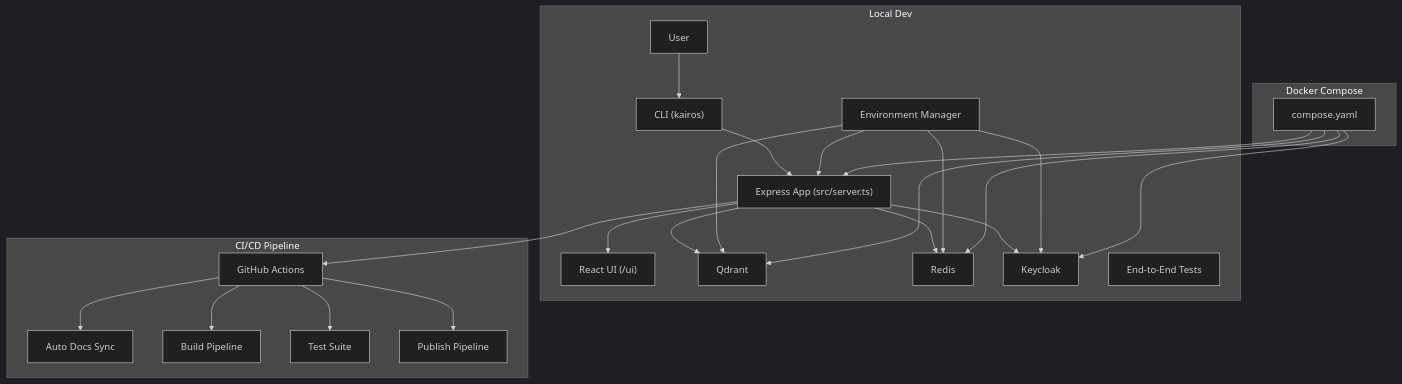
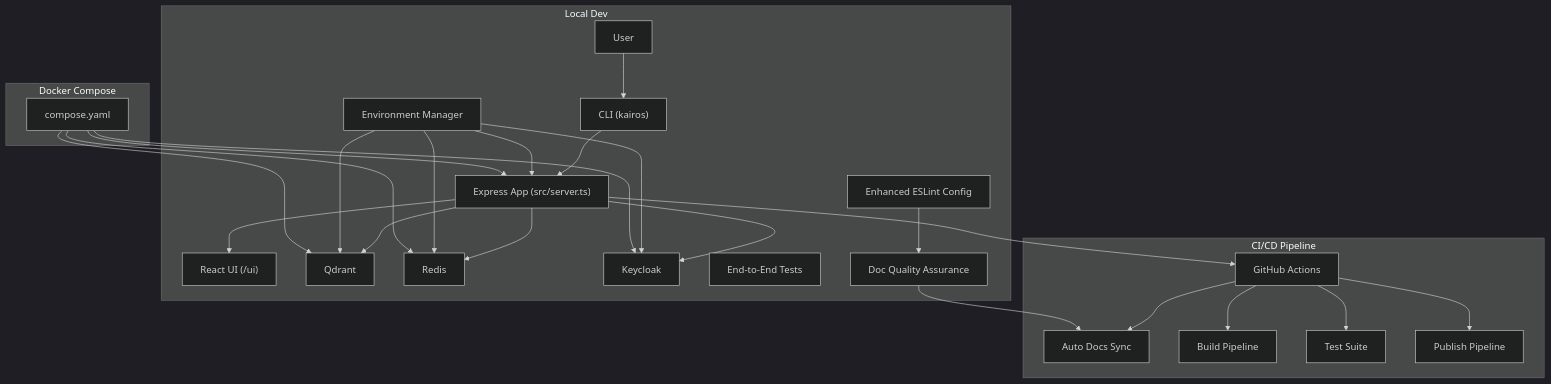
Before and after one commit to debian777/kairos-mcp: the second of 8 diagrams in .qoder/repowiki/en/content/Contributing & Development.md, drawn with Mermaid (dark theme). The commit also changed other lines of this file and 3 other files, not shown here.

````diff
--- a/.qoder/repowiki/en/content/Contributing & Development.md
+++ b/.qoder/repowiki/en/content/Contributing & Development.md
@@ -91,43 +103,47 @@
 ```mermaid
 graph TB
 subgraph "Local Dev"
 U["User"]
 CLI["CLI (kairos)"]
 APP["Express App (src/server.ts)"]
 UI["React UI (/ui)"]
 QD["Qdrant"]
 RD["Redis"]
 KC["Keycloak"]
 ENV["Environment Manager"]
 END["End-to-End Tests"]
+ELINT["Enhanced ESLint Config"]
+DOCQA["Doc Quality Assurance"]
 end
 subgraph "Docker Compose"
 C1["compose.yaml"]
 end
 subgraph "CI/CD Pipeline"
 GH["GitHub Actions"]
 AUTODOCS["Auto Docs Sync"]
 BUILD["Build Pipeline"]
 TEST["Test Suite"]
 PUBLISH["Publish Pipeline"]
 end
 U --> CLI
 CLI --> APP
 APP --> UI
 APP --> QD
 APP --> RD
 APP --> KC
 ENV --> APP
 ENV --> QD
 ENV --> RD
 ENV --> KC
 C1 --> APP
 C1 --> QD
 C1 --> RD
 C1 --> KC
 APP --> GH
 GH --> AUTODOCS
 GH --> BUILD
 GH --> TEST
 GH --> PUBLISH
+ELINT --> DOCQA
+DOCQA --> AUTODOCS
 ```
````
